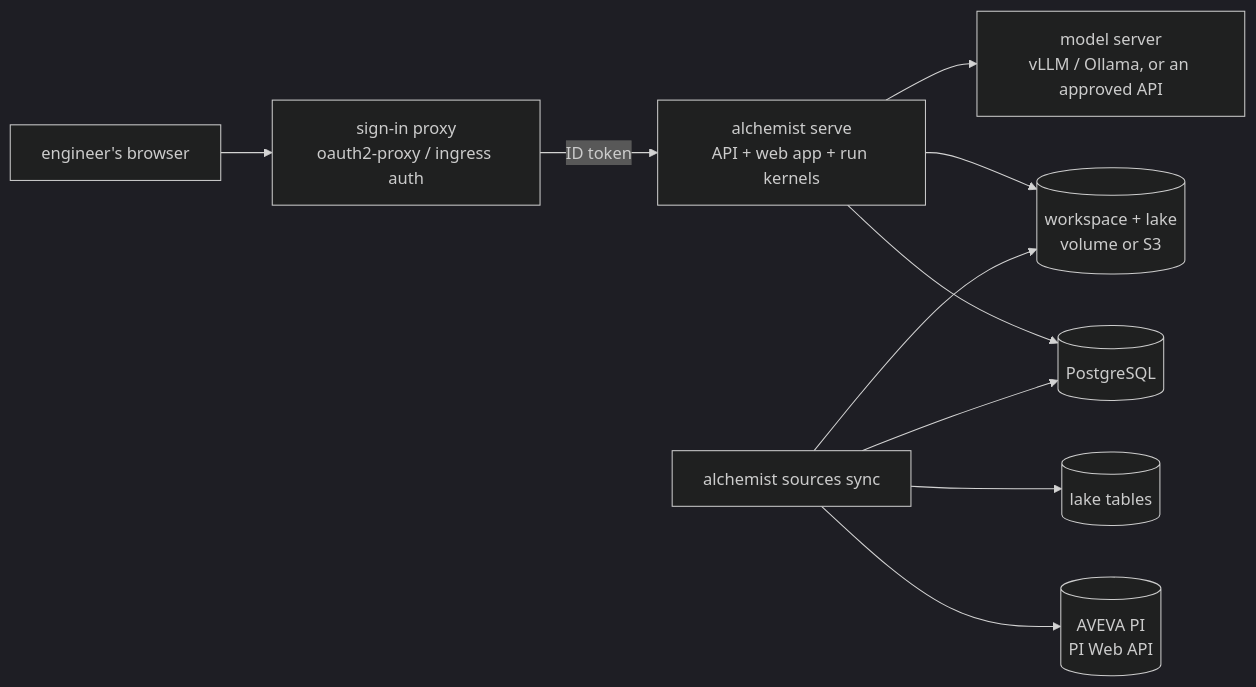
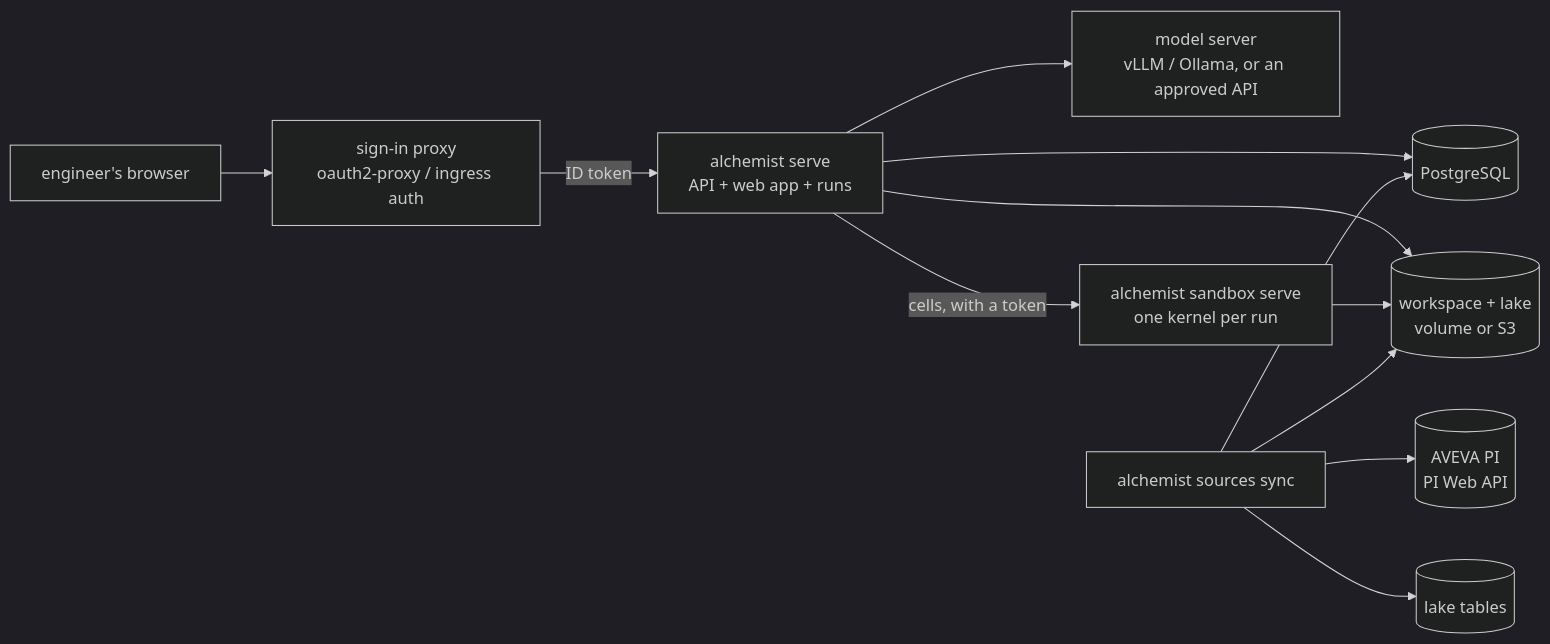
The diagram in docs/guides/deploy-on-prem.md (kausalflow/alchemist), drawn with Mermaid (dark theme) before and after one commit. The commit also changed other lines of this file and 18 other files, not shown here.

First line of the commit message:
Run analysis kernels in a sandbox service in docker compose and Helm (#25)

````diff
--- a/docs/guides/deploy-on-prem.md
+++ b/docs/guides/deploy-on-prem.md
@@ -17,12 +18,14 @@
 ```mermaid
 flowchart LR
   U[engineer's browser] --> P[sign-in proxy<br/>oauth2-proxy / ingress auth]
-  P -->|ID token| A[alchemist serve<br/>API + web app + run kernels]
+  P -->|ID token| A[alchemist serve<br/>API + web app + runs]
   A --> DB[(PostgreSQL)]
   A --> W[(workspace + lake<br/>volume or S3)]
   A --> M[model server<br/>vLLM / Ollama, or an approved API]
+  A -->|cells, with a token| K[alchemist sandbox serve<br/>one kernel per run]
+  K --> W
   S[alchemist sources sync] --> PI[(AVEVA PI<br/>PI Web API)]
   S --> LT[(lake tables)]
   S --> W
   S --> DB
 ```
````
